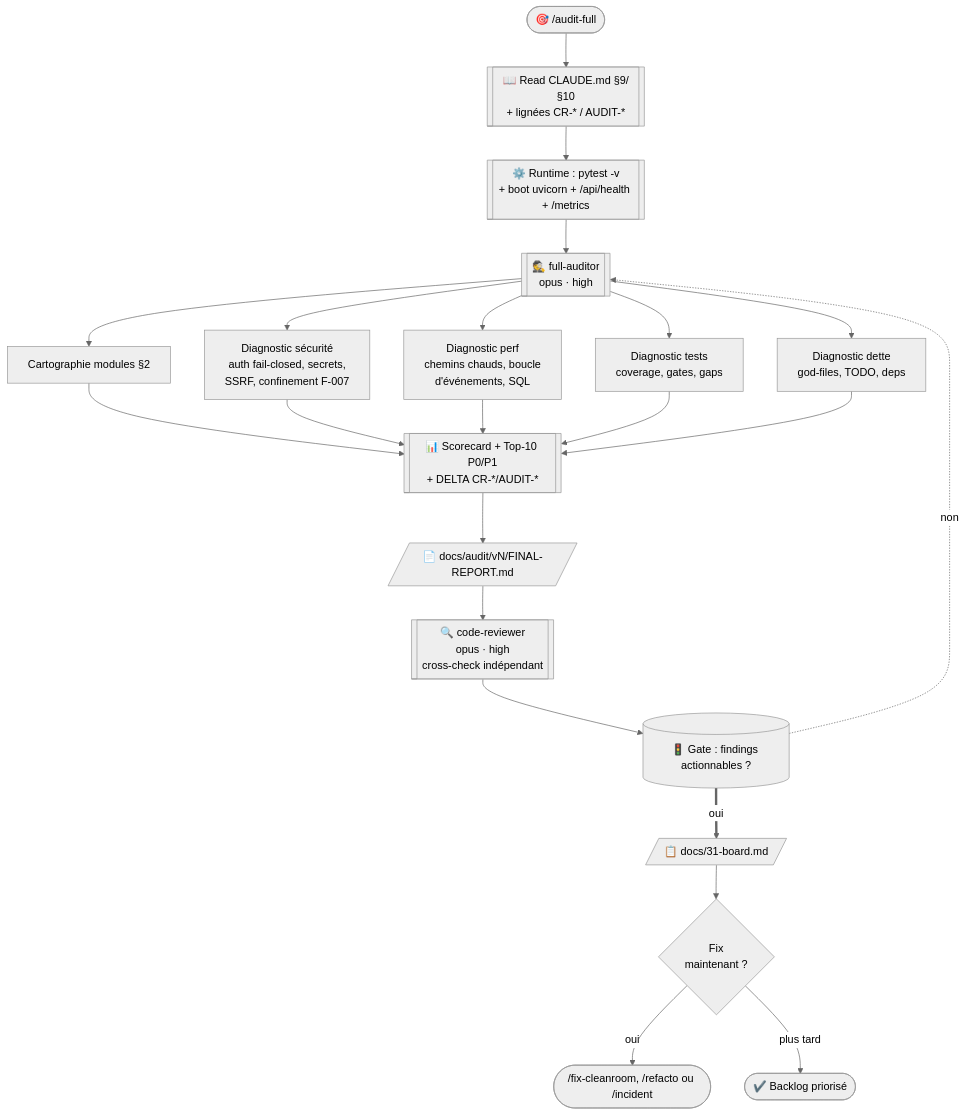
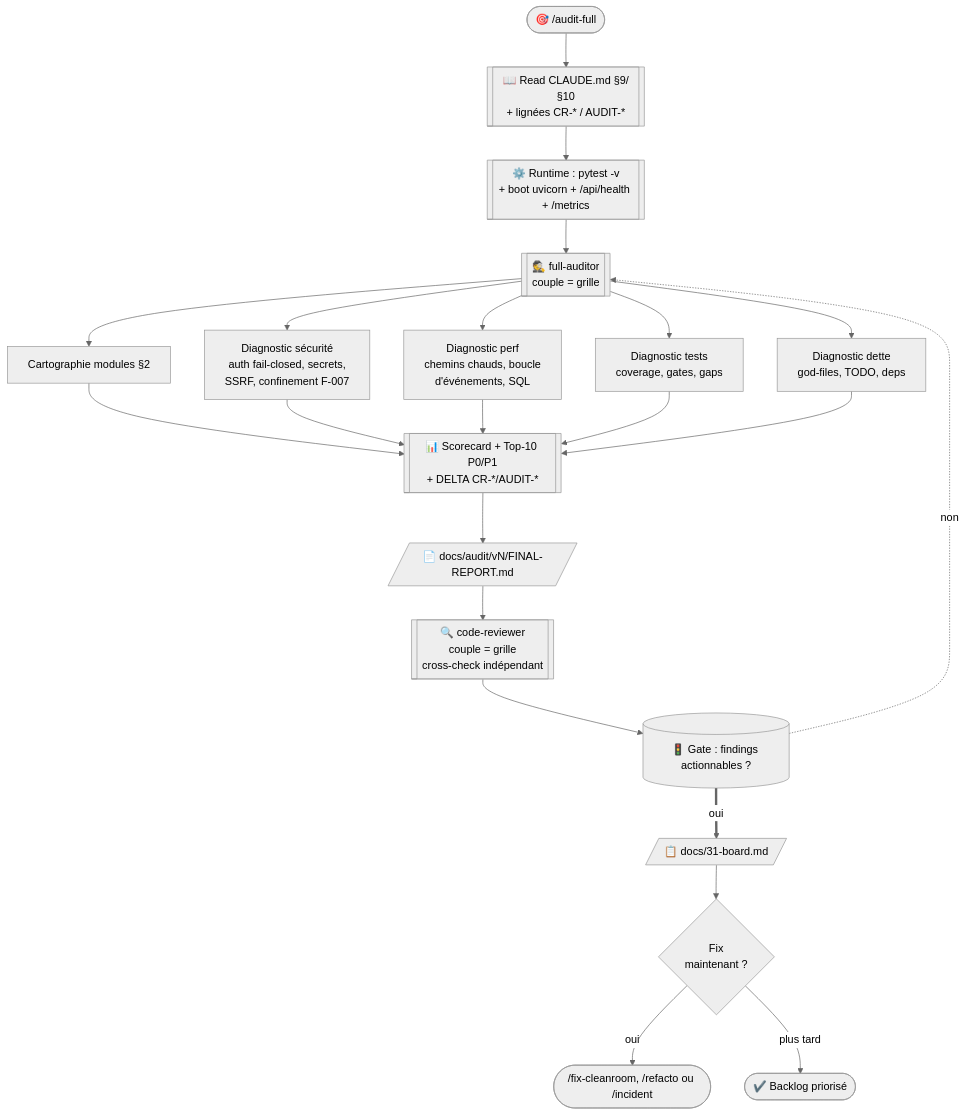
The second of 10 diagrams in .claude/WORKFLOWS-DIAGRAMS.md (ChakirHamzaChahid/Plexhub-Backend), drawn with Mermaid (neutral theme) before and after one commit. The commit also changed other lines of this file and 33 other files, not shown here.

````diff
--- a/.claude/WORKFLOWS-DIAGRAMS.md
+++ b/.claude/WORKFLOWS-DIAGRAMS.md
@@ -29,20 +31,20 @@
 ```mermaid
 flowchart TD
   T([🎯 /audit-full]) --> R[[📖 Read CLAUDE.md §9/§10<br/>+ lignées CR-* / AUDIT-*]]
   R --> RT[[⚙️ Runtime : pytest -v<br/>+ boot uvicorn + /api/health + /metrics]]
-  RT --> FA[[🕵️ full-auditor<br/>opus · high]]
+  RT --> FA[[🕵️ full-auditor<br/>couple = grille]]
   FA --> A1[Cartographie modules §2]
   FA --> A2[Diagnostic sécurité<br/>auth fail-closed, secrets,<br/>SSRF, confinement F-007]
   FA --> A3[Diagnostic perf<br/>chemins chauds, boucle<br/>d'événements, SQL]
   FA --> A4[Diagnostic tests<br/>coverage, gates, gaps]
   FA --> A5[Diagnostic dette<br/>god-files, TODO, deps]
   A1 & A2 & A3 & A4 & A5 --> S[[📊 Scorecard + Top-10 P0/P1<br/>+ DELTA CR-*/AUDIT-*]]
   S --> RPT[/📄 docs/audit/vN/FINAL-REPORT.md/]
-  RPT --> CX[[🔍 code-reviewer<br/>opus · high<br/>cross-check indépendant]]
+  RPT --> CX[[🔍 code-reviewer<br/>couple = grille<br/>cross-check indépendant]]
   CX --> GATE[(🚦 Gate : findings actionnables ?)]
   GATE ==>|oui| BOARD[/📋 docs/31-board.md/]
   GATE -.->|non| FA
   BOARD --> FIX{Fix<br/>maintenant ?}
   FIX -->|oui| REFACTO([/fix-cleanroom, /refacto ou /incident])
   FIX -->|plus tard| END([✔️ Backlog priorisé])
 ```
````
